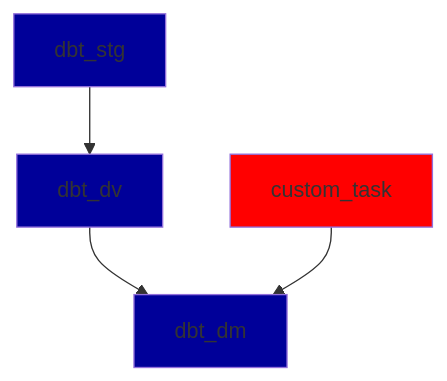
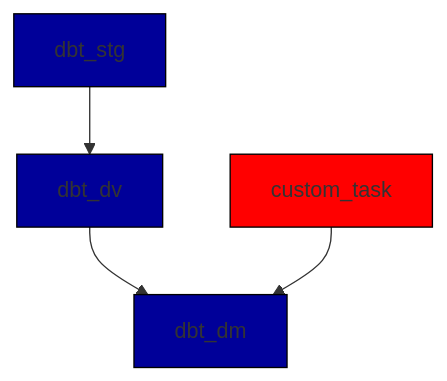
One commit to PavelLambo/DBT-to-Prefect-Flow changed the diagram in README.md. Above: the diagram before and after it, drawn with Mermaid.

````diff
--- a/README.md
+++ b/README.md
@@ -7,11 +7,11 @@
 ```mermaid
 graph TD;
-    style dbt_stg fill:#000099;
-    style dbt_dv fill:#000099;
-    style dbt_dm fill:#000099;
-    style custom_task fill:#FF0000;
-    
+    style dbt_stg fill:#000099,stroke:#000000;
+    style dbt_dv fill:#000099,stroke:#000000;
+    style dbt_dm fill:#000099,stroke:#000000;
+    style custom_task fill:#FF0000,stroke:#000000;
+
     dbt_stg-->dbt_dv;
     dbt_dv-->dbt_dm;
     custom_task-->dbt_dm;
 ```
````
